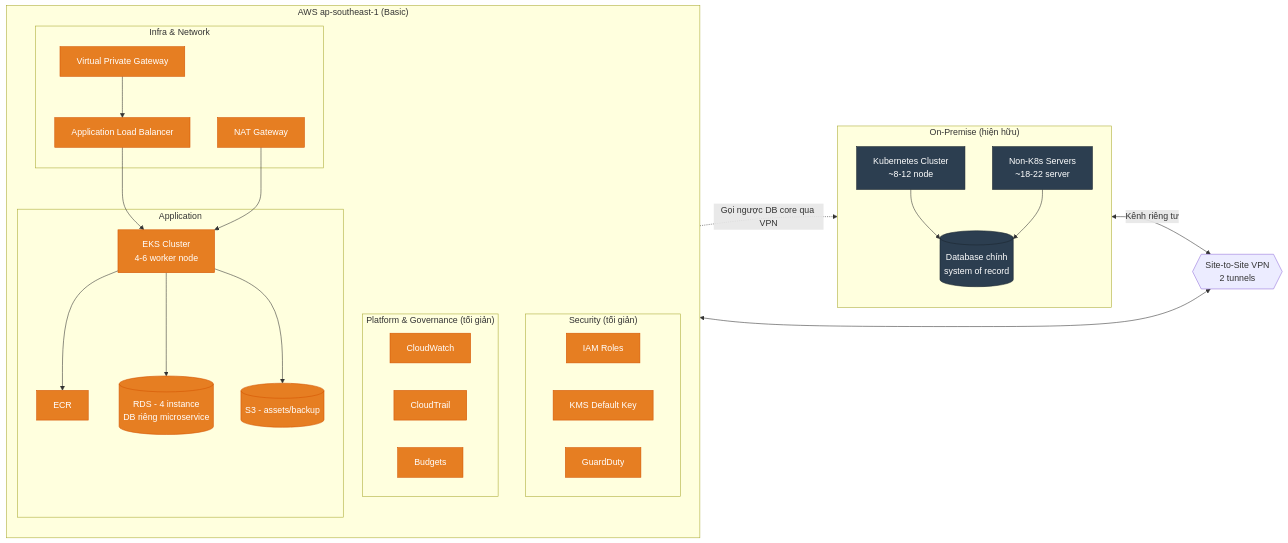
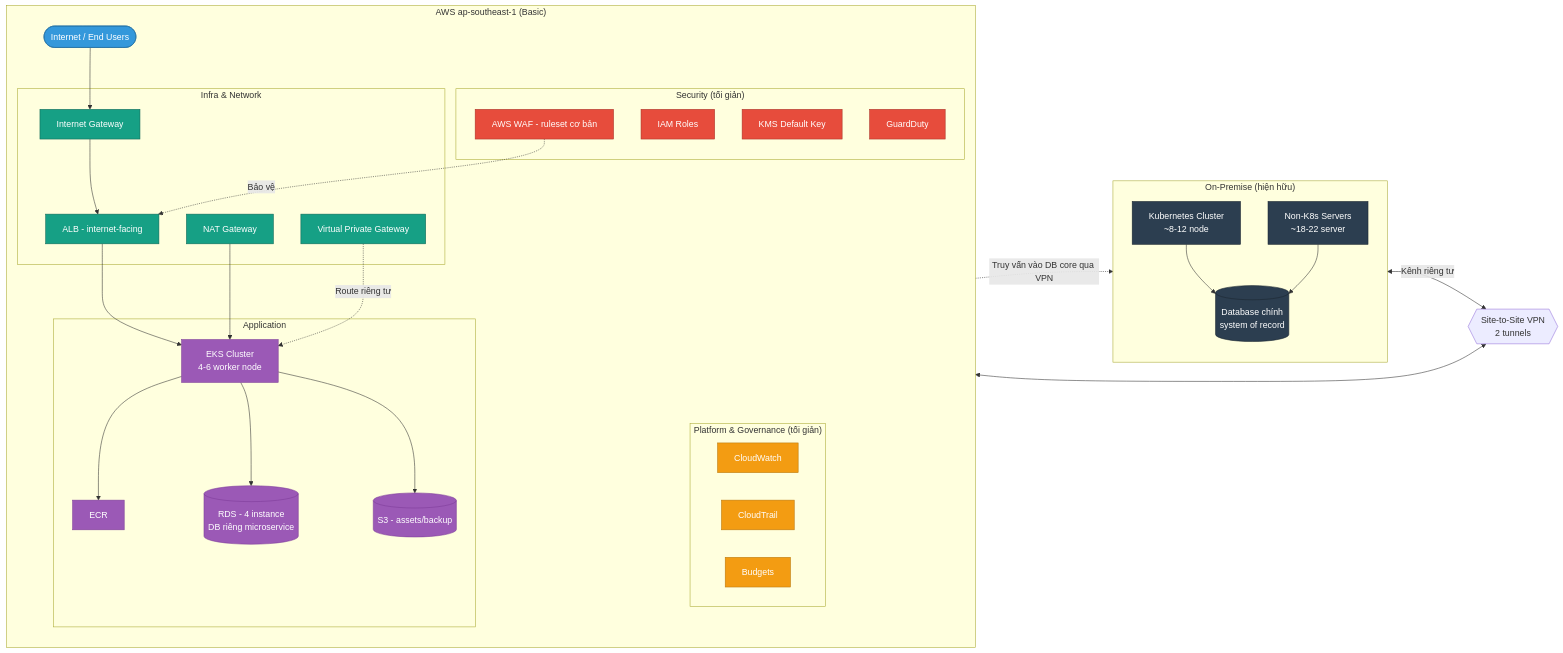
One commit to hinorashi/homecommer changed the first of 4 diagrams in aws-adoption-for-sme.md. Above: the diagram before and after it, drawn with Mermaid. The commit also changed other lines of this file, not shown here.

Commit message:
Cập nhật tài liệu AWS Cloud Adoption: cải tiến mô tả dịch vụ, bổ sung thông tin về bảo mật và cấu trúc hạ tầng cho mô hình hybrid cloud.

````diff
--- a/aws-adoption-for-sme.md
+++ b/aws-adoption-for-sme.md
@@ -148,52 +149,71 @@
 ```mermaid
+---
+config:
+  layout: dagre
+---
 flowchart LR
+  Internet(["Internet / End Users"])
+
   subgraph OnPrem ["On-Premise (hiện hữu)"]
     direction TB
     OP_K8s[Kubernetes Cluster\n~8-12 node]
     OP_NonK8s[Non-K8s Servers\n~18-22 server]
     OP_DB[(Database chính\nsystem of record)]
     OP_K8s --> OP_DB
     OP_NonK8s --> OP_DB
   end
 
   VPN{{Site-to-Site VPN\n2 tunnels}}
 
   subgraph AWS_Basic ["AWS ap-southeast-1 (Basic)"]
     direction TB
     subgraph Net ["Infra & Network"]
+      IGW[Internet Gateway]
       VGW[Virtual Private Gateway]
       NAT[NAT Gateway]
-      ALB[Application Load Balancer]
+      ALB[ALB - internet-facing]
     end
     subgraph Sec ["Security (tối giản)"]
       IAM[IAM Roles]
       KMS[KMS Default Key]
       GD[GuardDuty]
+      WAF[AWS WAF - ruleset cơ bản]
     end
     subgraph Plat ["Platform & Governance (tối giản)"]
       CW[CloudWatch]
       CT[CloudTrail]
       Budgets[Budgets]
     end
     subgraph App ["Application"]
       EKS[EKS Cluster\n4-6 worker node]
       ECR[ECR]
       RDS[(RDS - 4 instance\nDB riêng microservice)]
       S3[(S3 - assets/backup)]
     end
-    VGW --> ALB --> EKS
+    Internet --> IGW --> ALB
+    WAF -.->|Bảo vệ| ALB
+    ALB --> EKS
     EKS --> ECR
     EKS --> RDS
     EKS --> S3
     NAT --> EKS
   end
 
   OP_K8s <-->|Kênh riêng tư| VPN
   VPN <--> VGW
-  EKS -.->|Gọi ngược DB core qua VPN| OP_DB
+  VGW -.->|Route riêng tư| EKS
+  EKS -.->|Truy vấn vào DB core qua VPN| OP_DB
 
   classDef onprem fill:#2c3e50,stroke:#1a252f,color:#fff;
-  classDef aws fill:#e67e22,stroke:#d35400,color:#fff;
+  classDef internet fill:#3498db,stroke:#2471a3,color:#fff;
+  classDef netlayer fill:#16a085,stroke:#0e6655,color:#fff;
+  classDef seclayer fill:#e74c3c,stroke:#a93226,color:#fff;
+  classDef platlayer fill:#f39c12,stroke:#b9770e,color:#fff;
+  classDef applayer fill:#9b59b6,stroke:#7d3c98,color:#fff;
   class OP_K8s,OP_NonK8s,OP_DB onprem;
-  class EKS,ECR,RDS,S3,ALB,VGW,NAT,IAM,KMS,GD,CW,CT,Budgets aws;
+  class Internet internet;
+  class IGW,VGW,NAT,ALB netlayer;
+  class IAM,KMS,GD,WAF seclayer;
+  class CW,CT,Budgets platlayer;
+  class EKS,ECR,RDS,S3 applayer;
 ```
````
